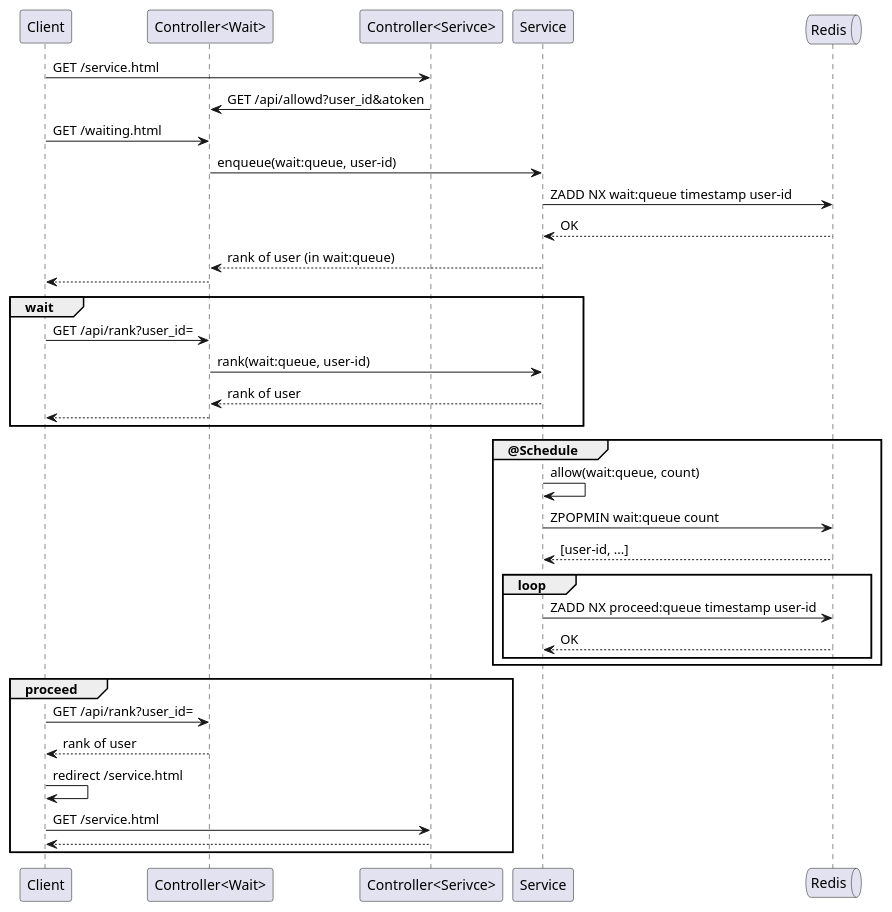
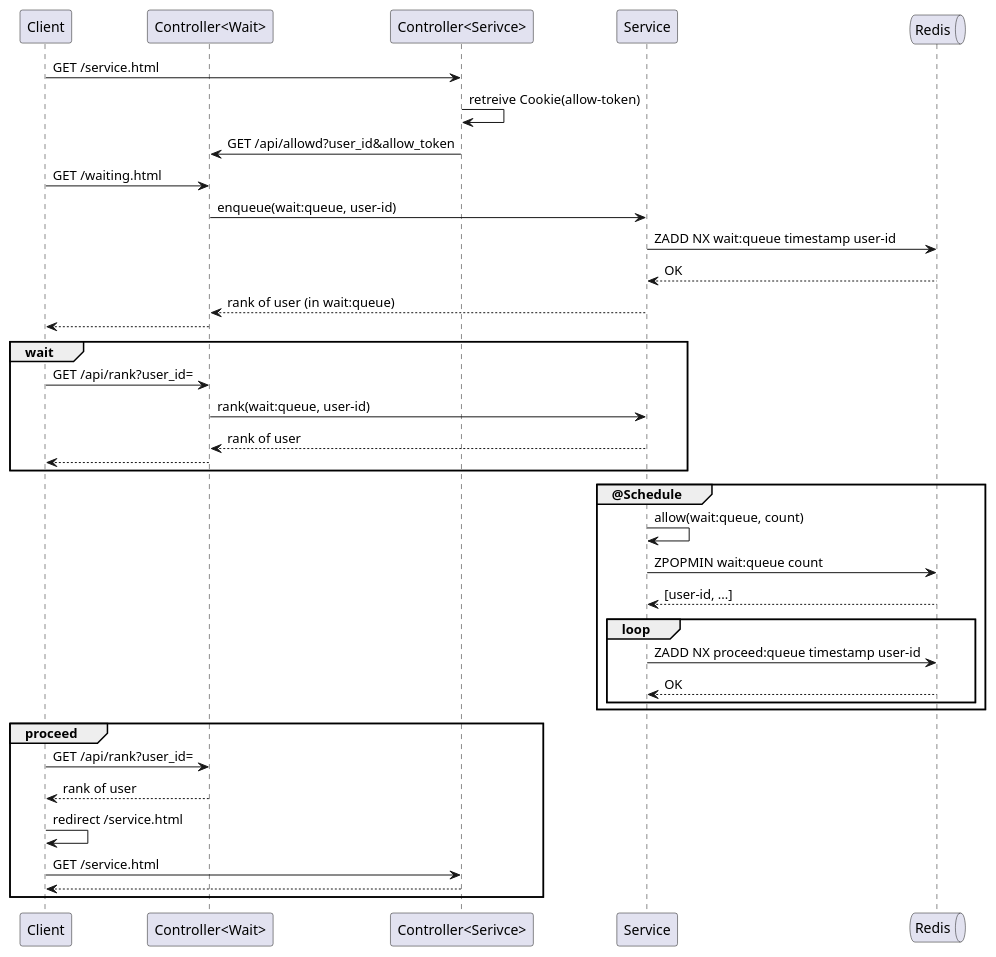
One commit to yanghoon/obsidian-workspace changed the diagram in _diary/2024-06-08.md. Above: the diagram before and after it, drawn with PlantUML.

Commit message:
vault backup: 2024-06-08 22:39:13

````diff
--- a/_diary/2024-06-08.md
+++ b/_diary/2024-06-08.md
@@ -7,46 +7,47 @@
 ```plantuml
 @startuml
 
 participant Client
 participant "Controller<Wait>" as Controller
 participant "Controller<Serivce>" as ServiceController
 participant Service
 queue Redis
 
 Client -> ServiceController: GET /service.html
-ServiceController -> Controller: GET /api/allowd?user_id&atoken
+ServiceController -> ServiceController: retreive Cookie(allow-token)
+ServiceController -> Controller: GET /api/allowd?user_id&allow_token
 
 Client -> Controller: GET /waiting.html
 Controller -> Service: enqueue(wait:queue, user-id)
 Service -> Redis: ZADD NX wait:queue timestamp user-id
 Service <-- Redis: OK
 Controller <-- Service: rank of user (in wait:queue)
 Client <-- Controller
 
 group wait
 Client -> Controller: GET /api/rank?user_id=
 Controller -> Service: rank(wait:queue, user-id)
 Controller <-- Service: rank of user
 Client <-- Controller
 end
 
 group @Schedule
   Service -> Service: allow(wait:queue, count)
   Service -> Redis: ZPOPMIN wait:queue count
   Service <-- Redis: [user-id, ...]
   loop
     Service -> Redis: ZADD NX proceed:queue timestamp user-id
     Service <-- Redis: OK
   end
 end
 
 group proceed
   Client -> Controller: GET /api/rank?user_id=
   Client <-- Controller: rank of user
   Client -> Client: redirect /service.html
   Client -> ServiceController: GET /service.html
   Client <-- ServiceController
 end
 
 @enduml
 ```
````
